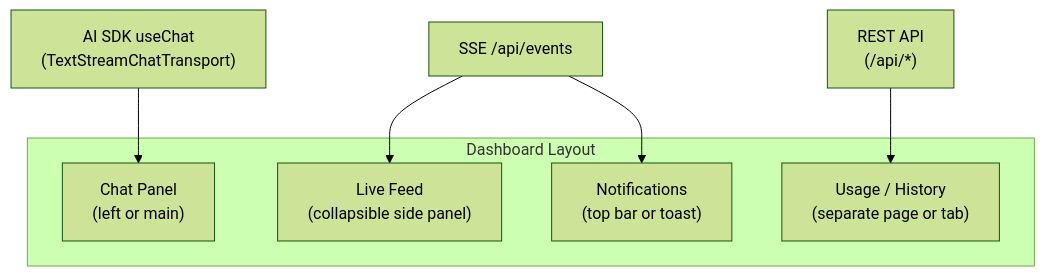
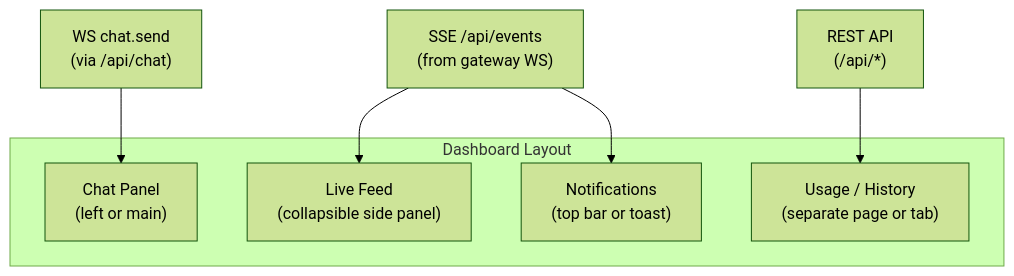
Before and after one commit to 1qh/claw: the third of 4 diagrams in plan/04-frontend.md, drawn with Mermaid (forest theme). The commit also changed other lines of this file and 17 other files, not shown here.

````diff
--- a/plan/04-frontend.md
+++ b/plan/04-frontend.md
@@ -130,13 +130,13 @@
 ```mermaid
 graph TB
     subgraph "Dashboard Layout"
         CHAT["Chat Panel\n(left or main)"]
         FEED["Live Feed\n(collapsible side panel)"]
         NOTIF["Notifications\n(top bar or toast)"]
         USAGE["Usage / History\n(separate page or tab)"]
     end
 
-    AISDK["AI SDK useChat\n(TextStreamChatTransport)"] --> CHAT
-    SSE["SSE /api/events"] --> FEED & NOTIF
+    WS["WS chat.send\n(via /api/chat)"] --> CHAT
+    SSE["SSE /api/events\n(from gateway WS)"] --> FEED & NOTIF
     API["REST API\n(/api/*)"] --> USAGE
 ```
````
